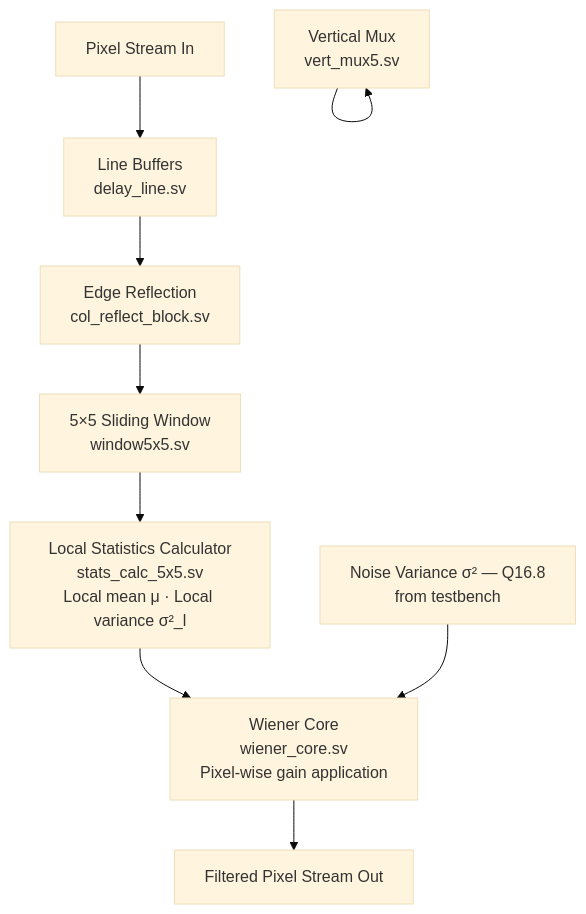
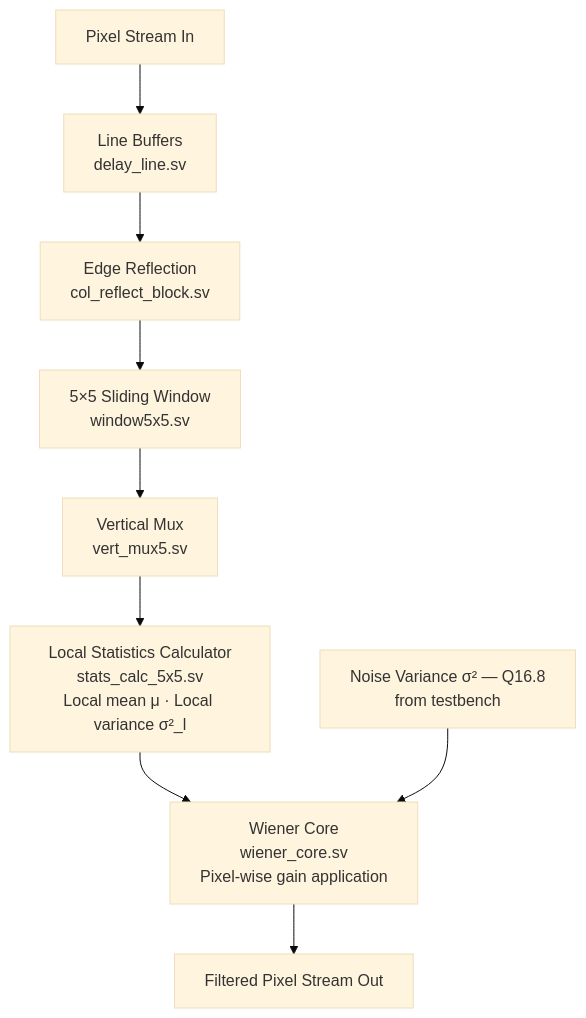
The second of 2 diagrams in README.md (Alen60843/Wiener-Image-Denoising-Accelerator---FrontEnd), drawn with Mermaid (base theme) before and after one commit.

````diff
--- a/README.md
+++ b/README.md
@@ -57,12 +57,12 @@
 ```mermaid
 flowchart TD
     IN[Pixel Stream In] --> LB[Line Buffers\ndelay_line.sv]
     LB --> RE[Edge Reflection\ncol_reflect_block.sv]
-    RE --> WG[5×5 Sliding Window\nwindow5x5.sv]
-    VM --> VM[Vertical Mux\nvert_mux5.sv]
+    RE --> VM[5×5 Sliding Window\nwindow5x5.sv]
+    VM --> WG[Vertical Mux\nvert_mux5.sv]
     WG --> SC[Local Statistics Calculator\nstats_calc_5x5.sv\nLocal mean μ · Local variance σ²_l]
     SC --> WC[Wiener Core\nwiener_core.sv\nPixel-wise gain application]
     WC --> OUT[Filtered Pixel Stream Out]
 
     NV[Noise Variance σ² — Q16.8\nfrom testbench] --> WC
 ```
````
